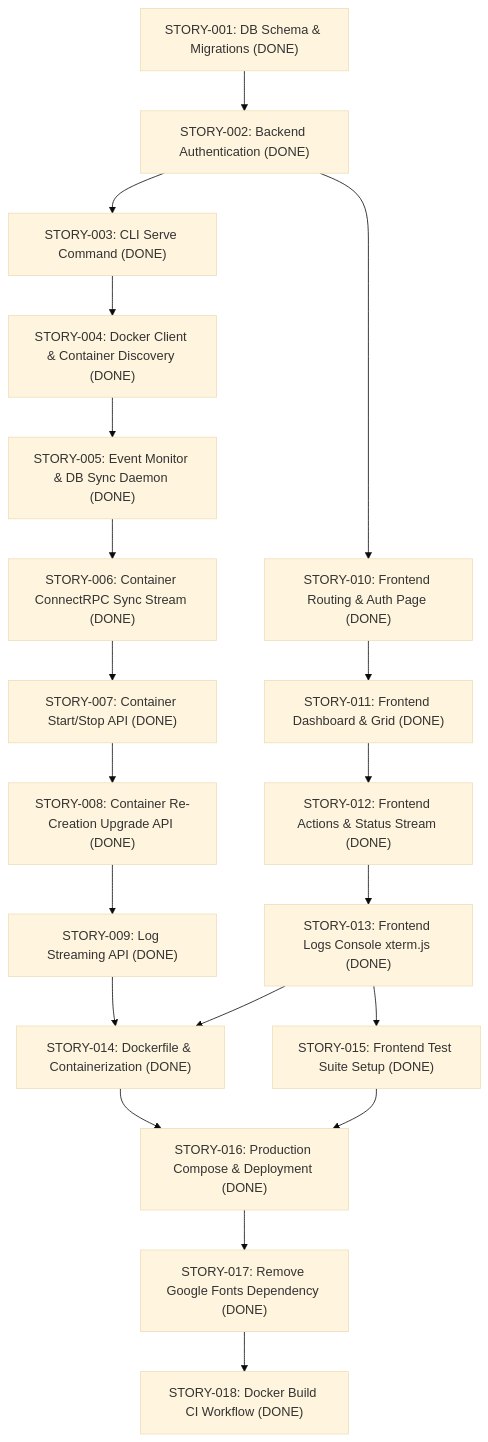
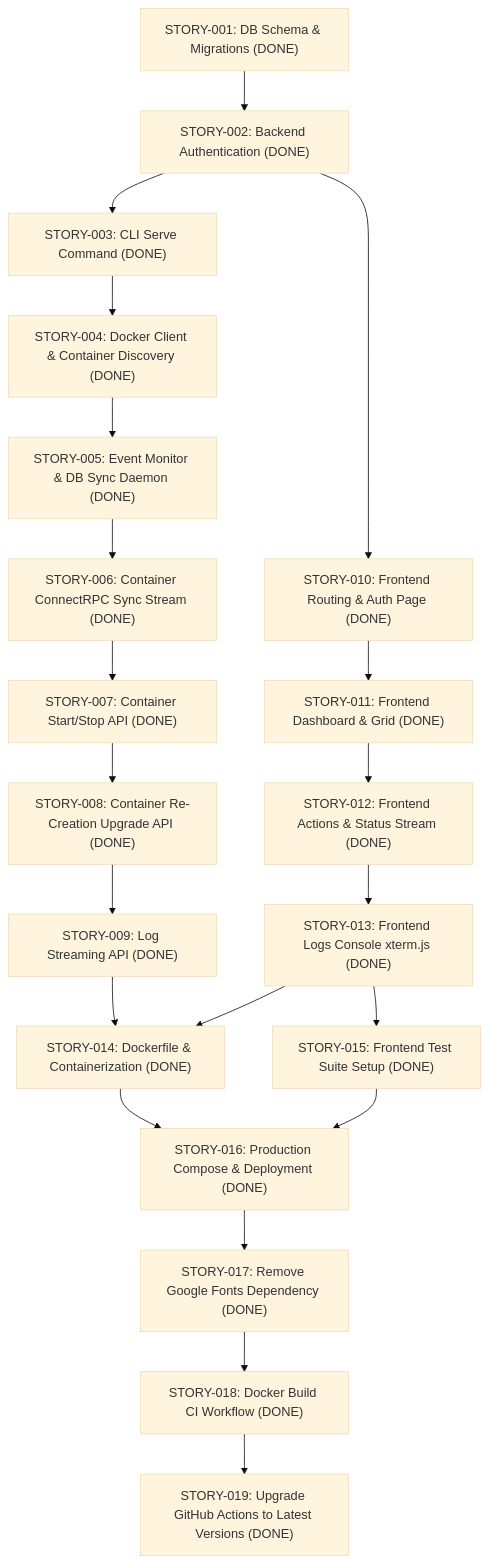
One commit to noosxe/dmanager changed the diagram in docs/stories.md. Above: the diagram before and after it, drawn with Mermaid (base theme). The commit also changed other lines of this file and 3 other files, not shown here.

First line of the commit message:
chore: upgrade GitHub Actions to latest major versions (#39)

````diff
--- a/docs/stories.md
+++ b/docs/stories.md
@@ -5,22 +5,23 @@
 ```mermaid
 graph TD
     S1["STORY-001: DB Schema & Migrations (DONE)"] --> S2["STORY-002: Backend Authentication (DONE)"]
     S2 --> S3["STORY-003: CLI Serve Command (DONE)"]
     S3 --> S4["STORY-004: Docker Client & Container Discovery (DONE)"]
     S4 --> S5["STORY-005: Event Monitor & DB Sync Daemon (DONE)"]
     S5 --> S6["STORY-006: Container ConnectRPC Sync Stream (DONE)"]
     S6 --> S7["STORY-007: Container Start/Stop API (DONE)"]
     S7 --> S8["STORY-008: Container Re-Creation Upgrade API (DONE)"]
     S8 --> S9["STORY-009: Log Streaming API (DONE)"]
     S2 --> F1["STORY-010: Frontend Routing & Auth Page (DONE)"]
     F1 --> F2["STORY-011: Frontend Dashboard & Grid (DONE)"]
     F2 --> F3["STORY-012: Frontend Actions & Status Stream (DONE)"]
     F3 --> F4["STORY-013: Frontend Logs Console xterm.js (DONE)"]
     S9 --> S14["STORY-014: Dockerfile & Containerization (DONE)"]
     F4 --> S14
     F4 --> F5["STORY-015: Frontend Test Suite Setup (DONE)"]
     S14 --> S16["STORY-016: Production Compose & Deployment (DONE)"]
     F5 --> S16
     S16 --> F17["STORY-017: Remove Google Fonts Dependency (DONE)"]
     F17 --> S18["STORY-018: Docker Build CI Workflow (DONE)"]
+    S18 --> S19["STORY-019: Upgrade GitHub Actions to Latest Versions (DONE)"]
 ```
````
